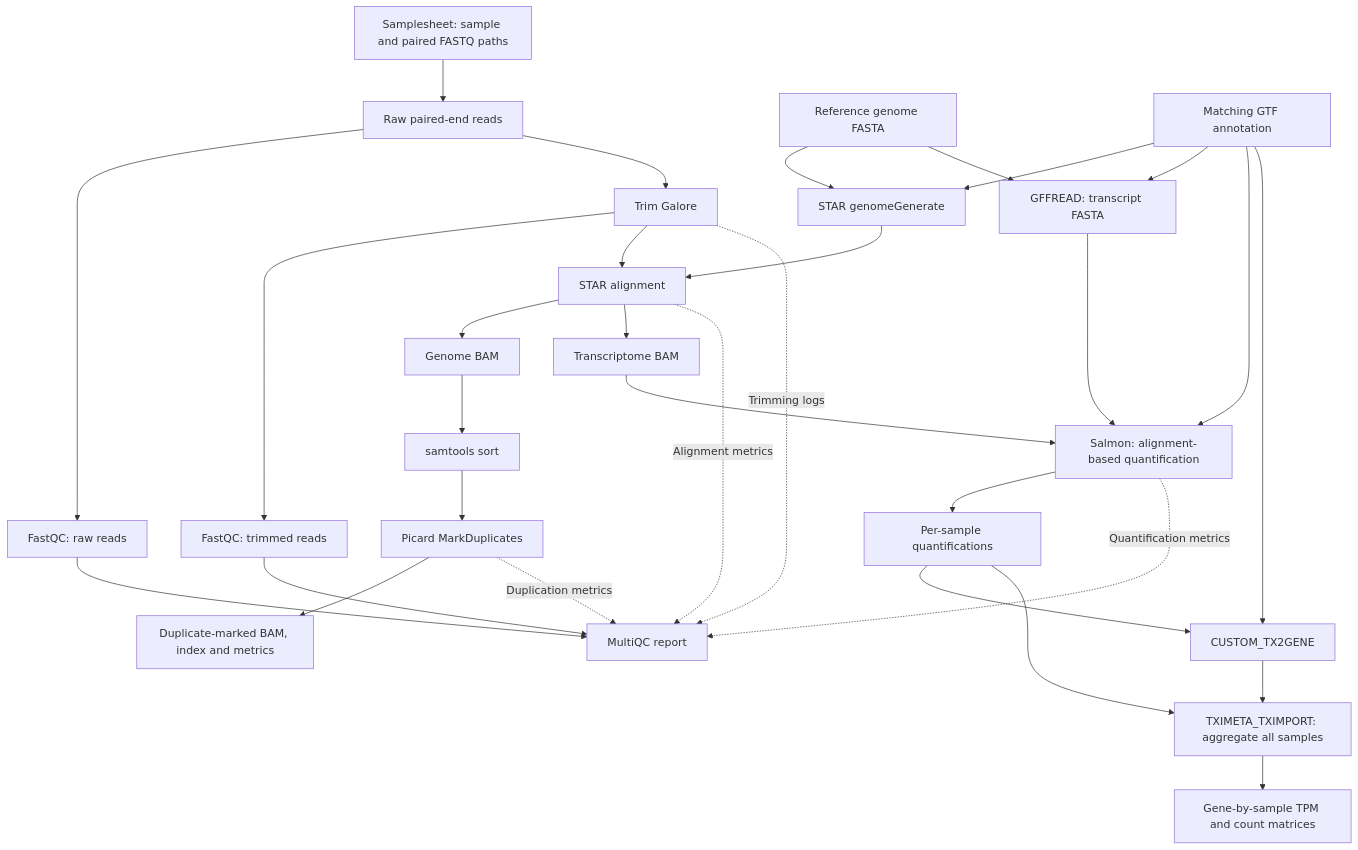
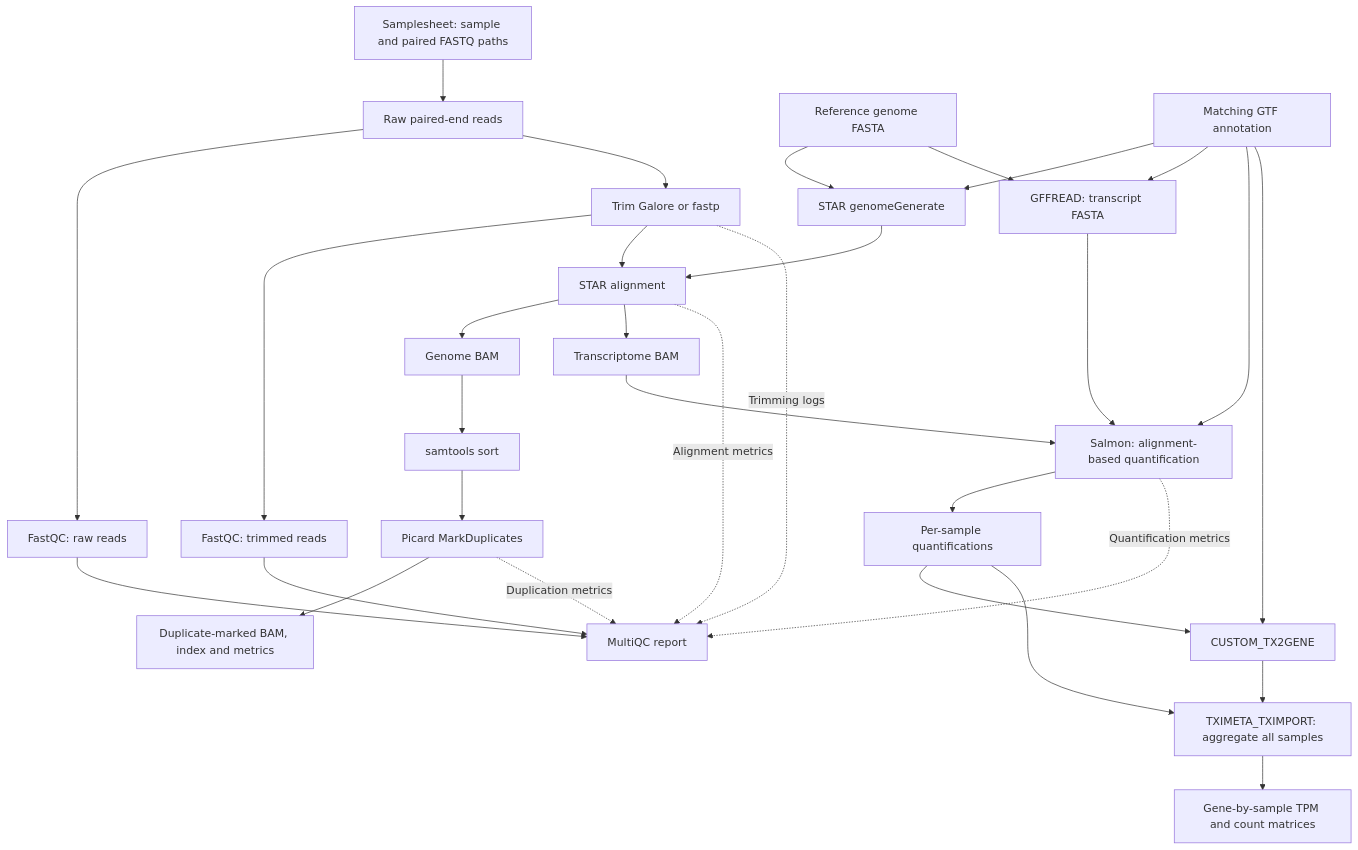
One commit to wanchenzhang/rnaseq changed the diagram in README.md. Above: the diagram before and after it, drawn with Mermaid. The commit also changed other lines of this file and 21 other files, not shown here.

````diff
--- a/README.md
+++ b/README.md
@@ -31,33 +31,33 @@
 ```mermaid
 flowchart TD
     S[Samplesheet: sample and paired FASTQ paths] --> R[Raw paired-end reads]
     R --> Q1[FastQC: raw reads]
-    R --> T[Trim Galore]
+    R --> T[Trim Galore or fastp]
     T --> Q2[FastQC: trimmed reads]
     F[Reference genome FASTA] --> IDX[STAR genomeGenerate]
     G[Matching GTF annotation] --> IDX
     F --> GF[GFFREAD: transcript FASTA]
     G --> GF
     IDX --> A[STAR alignment]
     T --> A
     A --> GB[Genome BAM]
     GB --> SO[samtools sort]
     SO --> MD[Picard MarkDuplicates]
     MD --> MB[Duplicate-marked BAM, index and metrics]
     A --> TB[Transcriptome BAM]
     TB --> SA[Salmon: alignment-based quantification]
     GF --> SA
     G --> SA
     SA --> QU[Per-sample quantifications]
     QU --> TX[CUSTOM_TX2GENE]
     G --> TX
     TX --> TI[TXIMETA_TXIMPORT: aggregate all samples]
     QU --> TI
     TI --> TPM[Gene-by-sample TPM and count matrices]
     Q1 --> MQ[MultiQC report]
     Q2 --> MQ
     T -. Trimming logs .-> MQ
     A -. Alignment metrics .-> MQ
     MD -. Duplication metrics .-> MQ
     SA -. Quantification metrics .-> MQ
 ```
````
